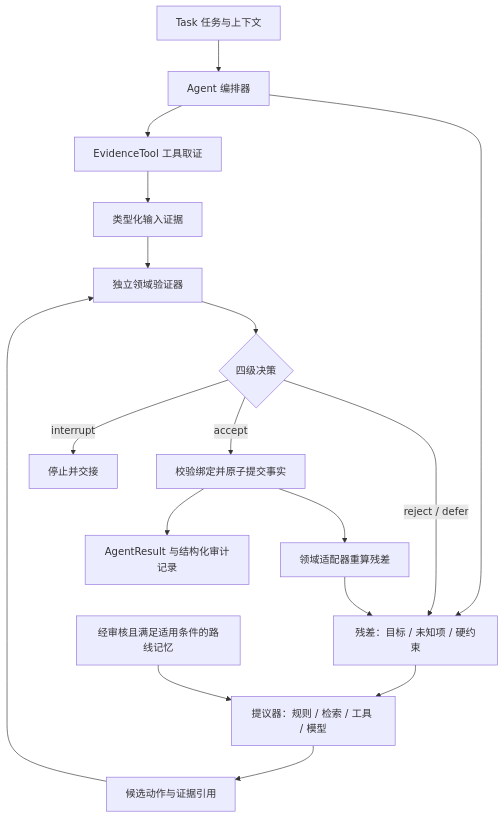
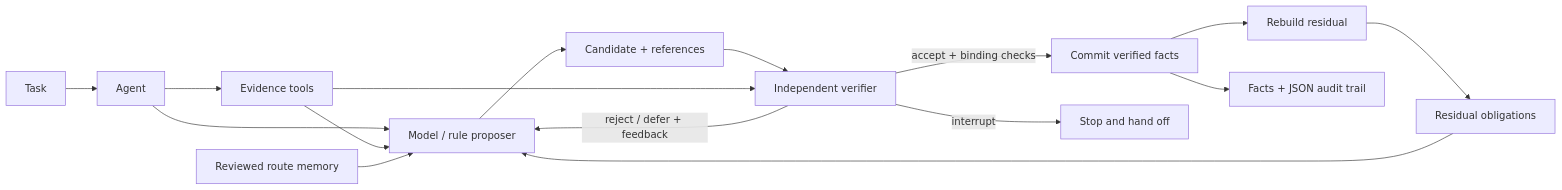
One commit to 1105216375-alt/resimind changed the diagram in README.md. Above: the diagram before and after it, drawn with Mermaid. The commit also changed other lines of this file and 34 other files, not shown here.

````diff
--- a/README.md
+++ b/README.md
@@ -13,19 +100,18 @@
 ```mermaid
-flowchart TD
-    T[Task 任务与上下文] --> A[Agent 编排器]
-    A --> ET[EvidenceTool 工具取证]
-    ET --> E[类型化输入证据]
-    A --> R
-    E --> V[独立领域验证器]
-    R[残差：目标 / 未知项 / 硬约束] --> P[提议器：规则 / 检索 / 工具 / 模型]
-    P --> C[候选动作与证据引用]
-    C --> V
-    V --> D{四级决策}
-    D -->|accept| COMMIT[校验绑定并原子提交事实]
-    D -->|reject / defer| R
-    D -->|interrupt| H[停止并交接]
-    COMMIT --> B[领域适配器重算残差]
-    B --> R
-    COMMIT --> OUT[AgentResult 与结构化审计记录]
-    M[经审核且满足适用条件的路线记忆] --> P
+flowchart LR
+    T[Task] --> A[Agent]
+    A --> E[Evidence tools]
+    A --> P[Model / rule proposer]
+    E --> P
+    M[Reviewed route memory] --> P
+    R[Residual obligations] --> P
+    P --> C[Candidate + references]
+    C --> V[Independent verifier]
+    E --> V
+    V -->|accept + binding checks| F[Commit verified facts]
+    V -->|reject / defer + feedback| P
+    V -->|interrupt| H[Stop and hand off]
+    F --> D[Rebuild residual]
+    D --> R
+    F --> O[Facts + JSON audit trail]
 ```
````
